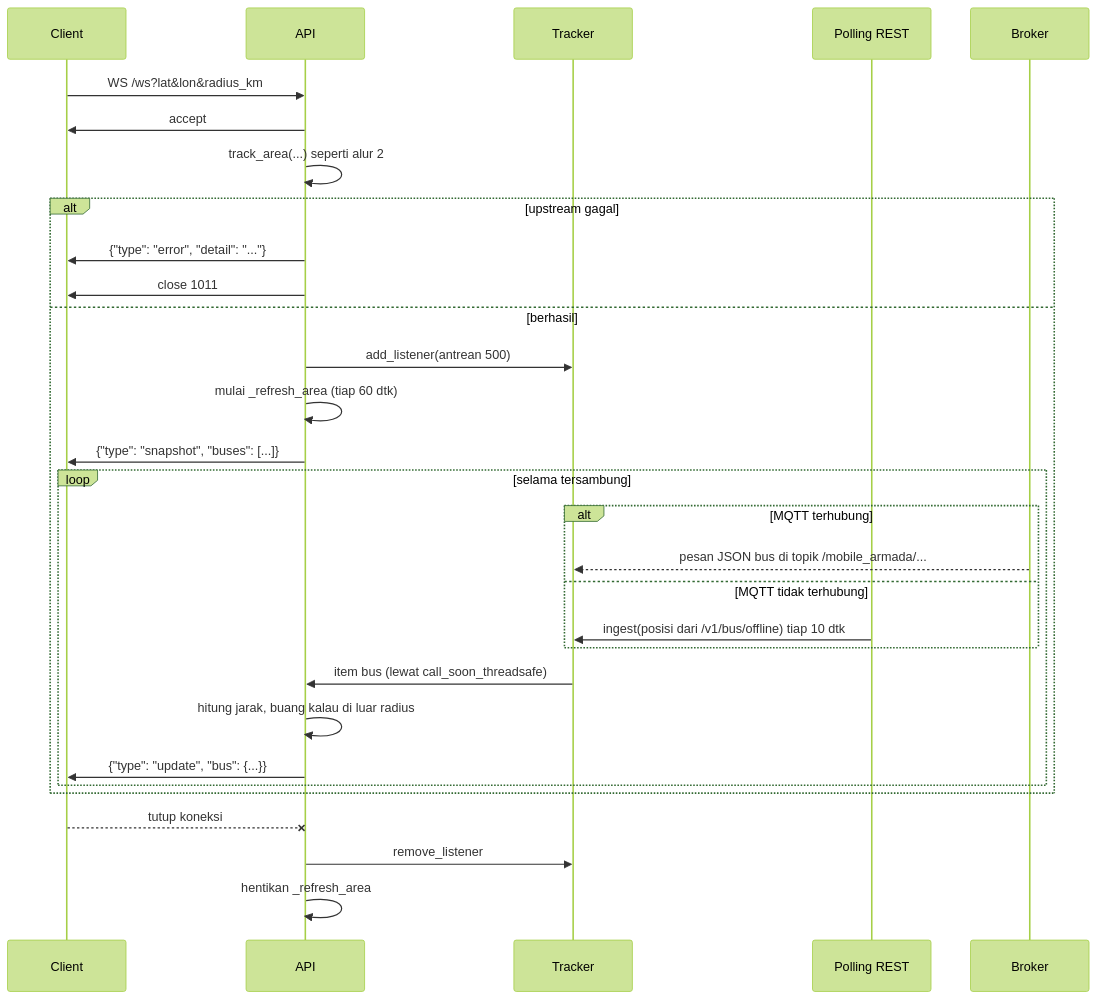
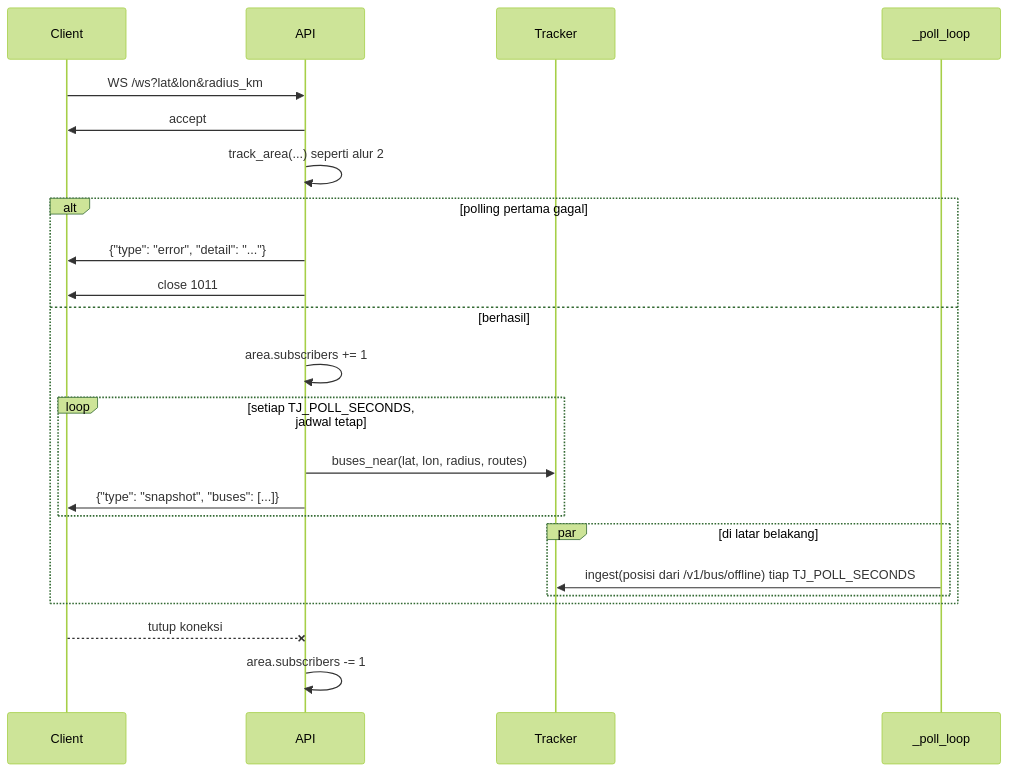
One commit to animemoeus/tije-api changed the third of 6 diagrams in docs/backend/05-alur-end-to-end.md. Above: the diagram before and after it, drawn with Mermaid (forest theme). The commit also changed other lines of this file and 18 other files, not shown here.

````diff
--- a/docs/backend/05-alur-end-to-end.md
+++ b/docs/backend/05-alur-end-to-end.md
@@ -214,33 +151,26 @@
 ```mermaid
 sequenceDiagram
     participant C as Client
     participant API
     participant TR as Tracker
-    participant P as Polling REST
-    participant B as Broker
+    participant P as _poll_loop
 
     C->>API: WS /ws?lat&lon&radius_km
     API->>C: accept
     API->>API: track_area(...) seperti alur 2
-    alt upstream gagal
+    alt polling pertama gagal
         API->>C: {"type": "error", "detail": "..."}
         API->>C: close 1011
     else berhasil
-        API->>TR: add_listener(antrean 500)
-        API->>API: mulai _refresh_area (tiap 60 dtk)
-        API->>C: {"type": "snapshot", "buses": [...]}
-        loop selama tersambung
-            alt MQTT terhubung
-                B-->>TR: pesan JSON bus di topik /mobile_armada/...
-            else MQTT tidak terhubung
-                P->>TR: ingest(posisi dari /v1/bus/offline) tiap 10 dtk
-            end
-            TR->>API: item bus (lewat call_soon_threadsafe)
-            API->>API: hitung jarak, buang kalau di luar radius
-            API->>C: {"type": "update", "bus": {...}}
+        API->>API: area.subscribers += 1
+        loop setiap TJ_POLL_SECONDS, jadwal tetap
+            API->>TR: buses_near(lat, lon, radius, routes)
+            API->>C: {"type": "snapshot", "buses": [...]}
+        end
+        par di latar belakang
+            P->>TR: ingest(posisi dari /v1/bus/offline) tiap TJ_POLL_SECONDS
         end
     end
     C--xAPI: tutup koneksi
-    API->>TR: remove_listener
-    API->>API: hentikan _refresh_area
+    API->>API: area.subscribers -= 1
 ```
````
